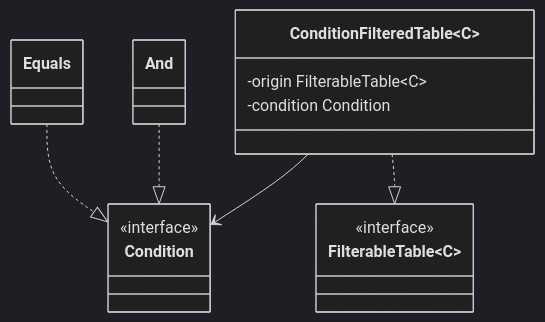
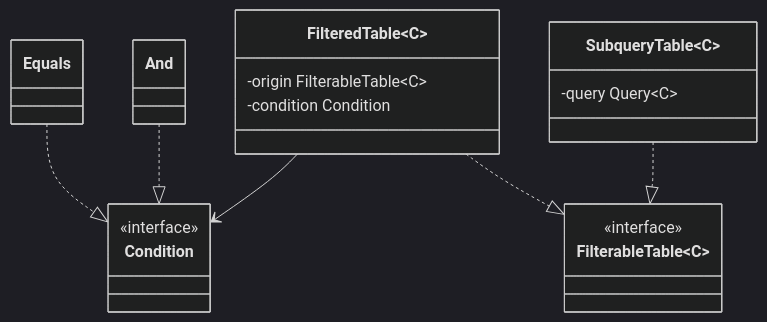
The third of 10 diagrams in docs/domain.md (safarislava/QueryBricks), drawn with Mermaid (dark theme) before and after one commit. The commit also changed other lines of this file, not shown here.

````diff
--- a/docs/domain.md
+++ b/docs/domain.md
@@ -50,22 +51,27 @@
 ```mermaid
 classDiagram
     class FilterableTable~C~ {
         <<interface>>
     }
 
     class Condition {
         <<interface>>
     }
 
     class Equals
     Equals ..|> Condition
     class And
     And ..|> Condition
 
-    class ConditionFilteredTable~C~ {
+    class FilteredTable~C~ {
         -origin FilterableTable~C~
         -condition Condition
     }
-    ConditionFilteredTable ..|> FilterableTable
-    ConditionFilteredTable --> Condition
+    FilteredTable ..|> FilterableTable
+    FilteredTable --> Condition
+
+    class SubqueryTable~C~ {
+        -query Query~C~
+    }
+    SubqueryTable ..|> FilterableTable
 ```
````
